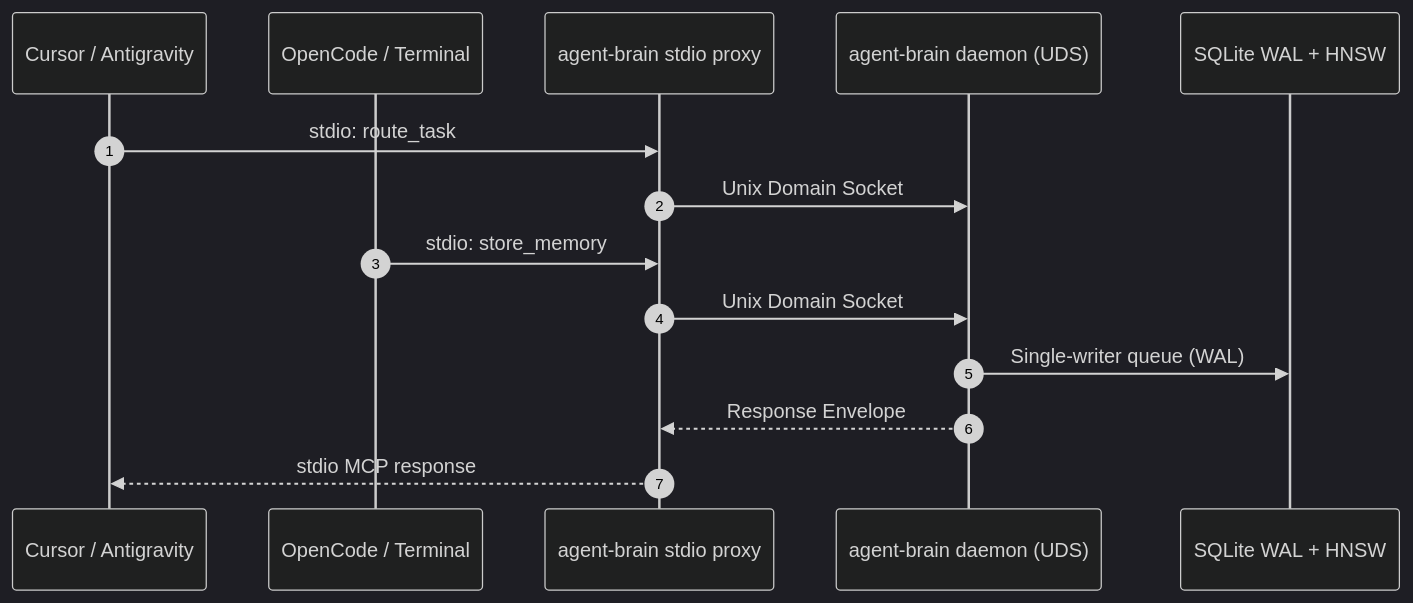
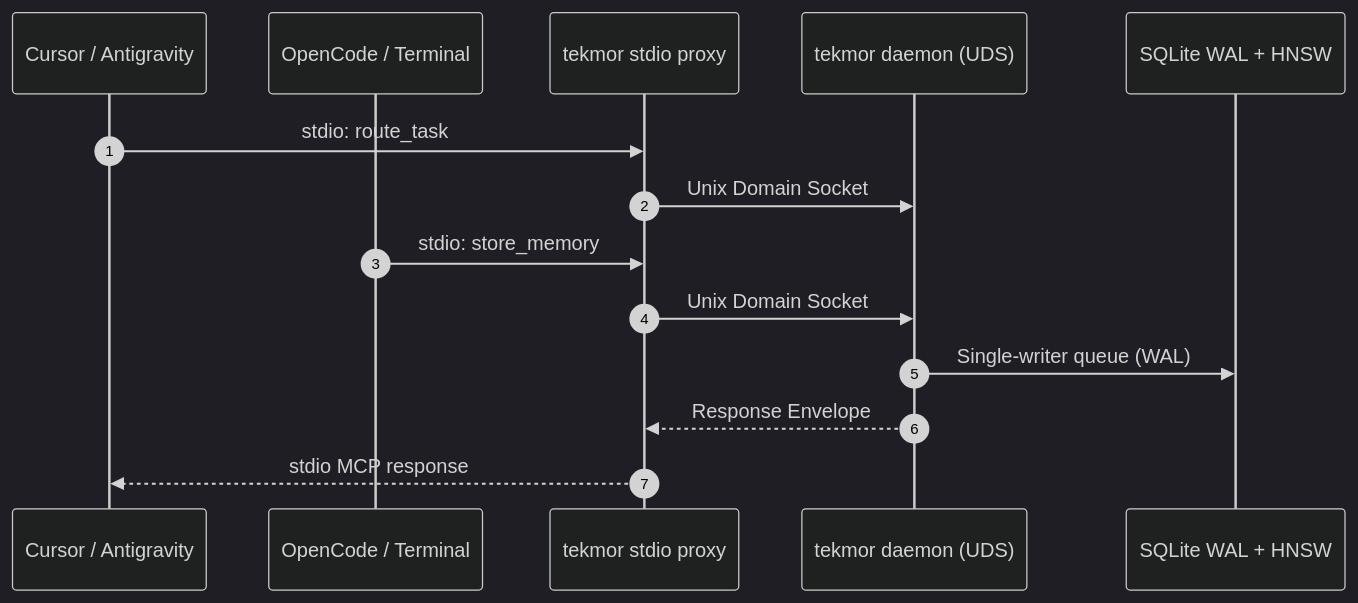
The third of 3 diagrams in src/content/blog/agent-brain-the-architectural-pivot-and-runtime.md (abhiudayg/abhiudayg), drawn with Mermaid (dark theme) before and after one commit. The commit also changed other lines of this file and 40 other files, not shown here.

````diff
--- a/src/content/blog/agent-brain-the-architectural-pivot-and-runtime.md
+++ b/src/content/blog/agent-brain-the-architectural-pivot-and-runtime.md
@@ -82,17 +82,17 @@
 ```mermaid
 sequenceDiagram
     autonumber
     participant AgentA as Cursor / Antigravity
     participant AgentB as OpenCode / Terminal
-    participant Proxy as agent-brain stdio proxy
-    participant Daemon as agent-brain daemon (UDS)
+    participant Proxy as tekmor stdio proxy
+    participant Daemon as tekmor daemon (UDS)
     participant DB as SQLite WAL + HNSW
 
     AgentA->>Proxy: stdio: route_task
     Proxy->>Daemon: Unix Domain Socket
     AgentB->>Proxy: stdio: store_memory
     Proxy->>Daemon: Unix Domain Socket
     Daemon->>DB: Single-writer queue (WAL)
     Daemon-->>Proxy: Response Envelope
     Proxy-->>AgentA: stdio MCP response
 ```
````
